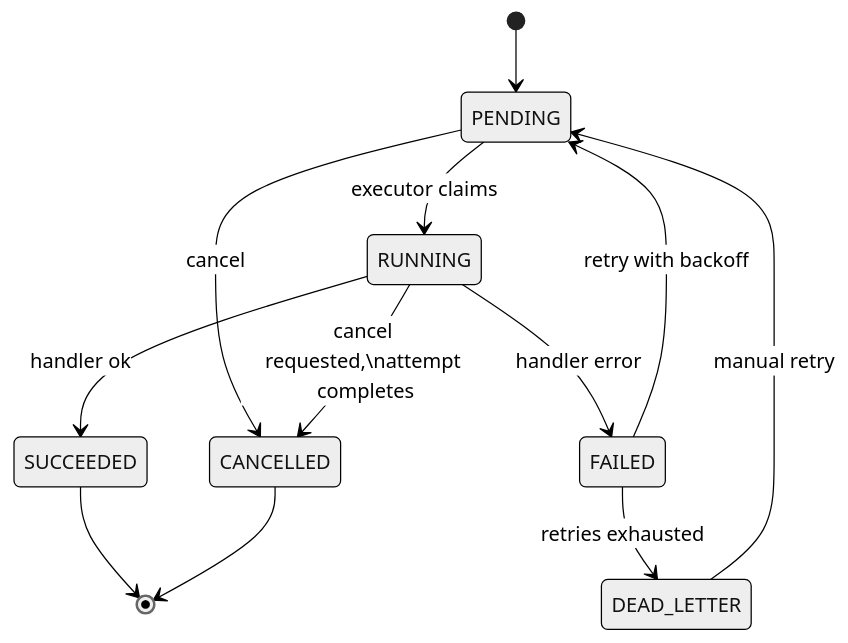
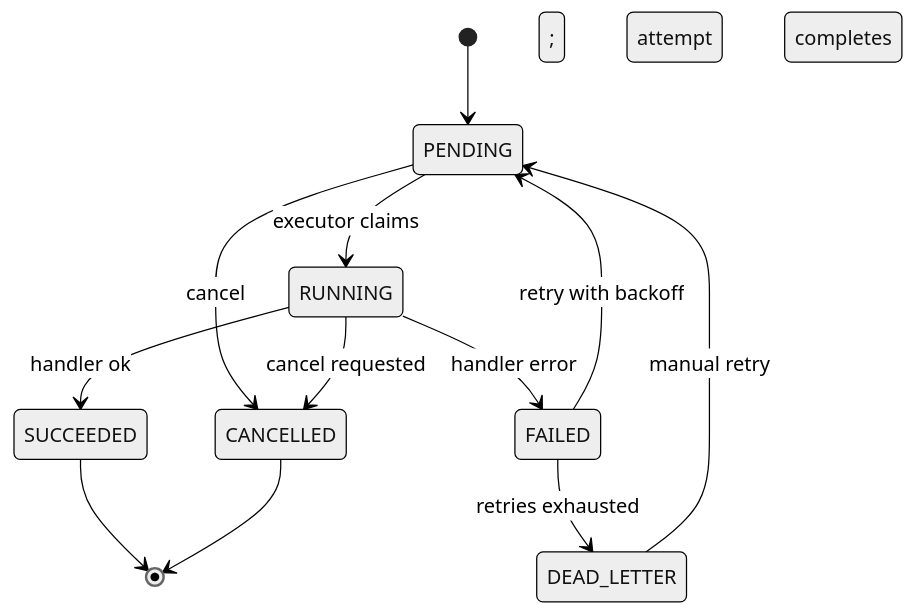
Before and after one commit to walker-systems/control-plane: the second of 2 diagrams in docs/architecture.md, drawn with Mermaid (neutral theme). The commit also changed 1 other file, not shown here.

Commit message:
docs: fix literal \n in lifecycle diagram label; align deployment ASCII box

````diff
--- a/docs/architecture.md
+++ b/docs/architecture.md
@@ -43,14 +43,14 @@
 ```mermaid
 stateDiagram-v2
     [*] --> PENDING
     PENDING --> RUNNING: executor claims
     PENDING --> CANCELLED: cancel
     RUNNING --> SUCCEEDED: handler ok
     RUNNING --> FAILED: handler error
-    RUNNING --> CANCELLED: cancel requested,\nattempt completes
+    RUNNING --> CANCELLED: cancel requested; attempt completes
     FAILED --> PENDING: retry with backoff
     FAILED --> DEAD_LETTER: retries exhausted
     DEAD_LETTER --> PENDING: manual retry
     SUCCEEDED --> [*]
     CANCELLED --> [*]
 ```
````
